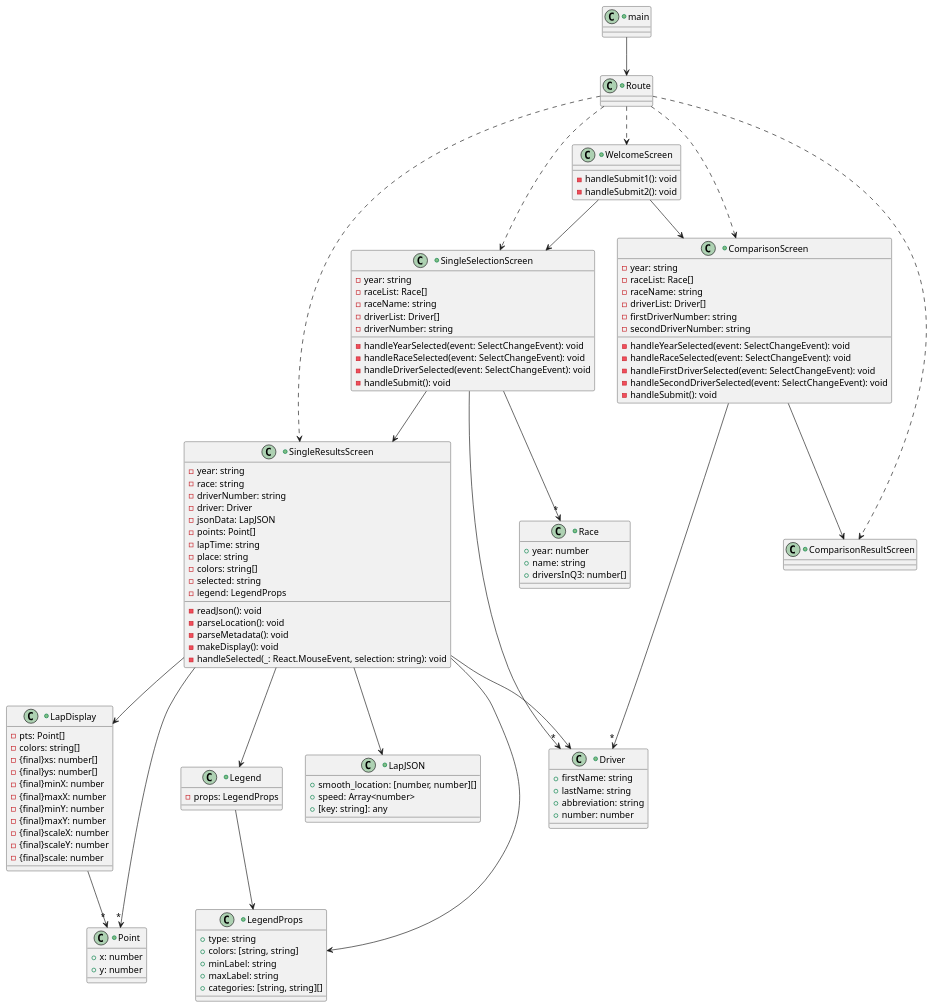
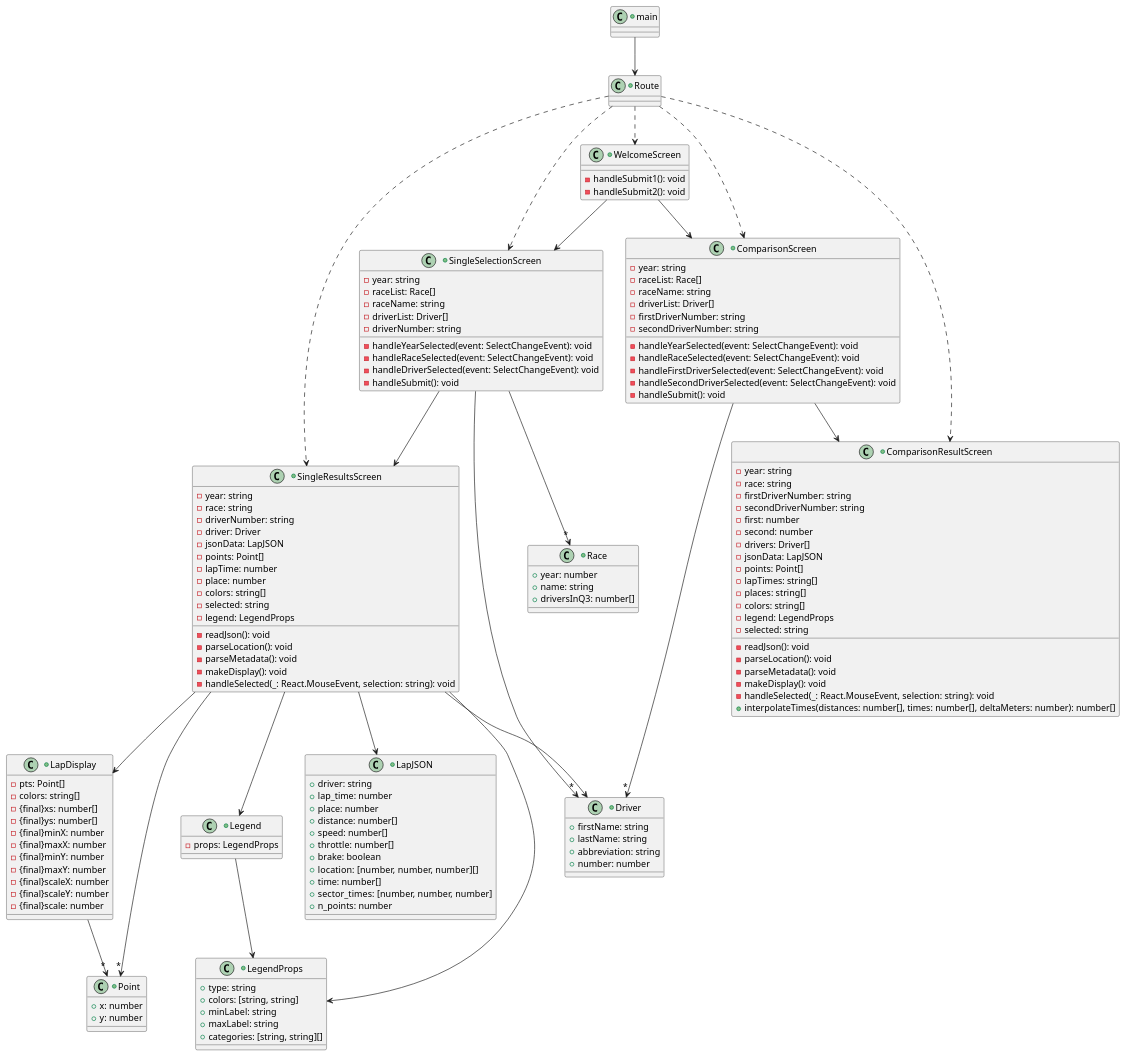
One commit to nu-cs-sw-design/project-20252601-sd_final_project changed the diagram in docs/design/design.puml. Above: the diagram before and after it, drawn with PlantUML. The commit also changed 8 other files, not shown here.

```diff
--- a/docs/design/design.puml
+++ b/docs/design/design.puml
@@ -1,134 +1,163 @@
 @startuml Class Diagram
     +class main{
 
     }
     +class Route{
 
     }
     +class SingleSelectionScreen{
         -year: string
         -raceList: Race[]
         -raceName: string
         -driverList: Driver[]
         -driverNumber: string
 
         -handleYearSelected(event: SelectChangeEvent): void
         -handleRaceSelected(event: SelectChangeEvent): void
         -handleDriverSelected(event: SelectChangeEvent): void
         -handleSubmit(): void
     }
     +class SingleResultsScreen{
         -year: string
         -race: string
         -driverNumber: string
         -driver: Driver
         -jsonData: LapJSON
         -points: Point[]
-        -lapTime: string
-        -place: string
+        -lapTime: number
+        -place: number
         -colors: string[]
         -selected: string
         -legend: LegendProps
 
         -readJson(): void
         -parseLocation(): void
         -parseMetadata(): void
         -makeDisplay(): void
         -handleSelected(_: React.MouseEvent, selection: string): void
     }
     +class WelcomeScreen{
         -handleSubmit1(): void
         -handleSubmit2(): void
     }
     +class ComparisonScreen{
         -year: string
         -raceList: Race[]
         -raceName: string
         -driverList: Driver[]
         -firstDriverNumber: string
         -secondDriverNumber: string
 
         -handleYearSelected(event: SelectChangeEvent): void
         -handleRaceSelected(event: SelectChangeEvent): void
         -handleFirstDriverSelected(event: SelectChangeEvent): void
         -handleSecondDriverSelected(event: SelectChangeEvent): void
         -handleSubmit(): void
     }
     +class ComparisonResultScreen{
-        
+        -year: string
+        -race: string
+        -firstDriverNumber: string
+        -secondDriverNumber: string
+        -first: number
+        -second: number
+        -drivers: Driver[]
+        -jsonData: LapJSON
+        -points: Point[]
+        -lapTimes: string[]
+        -places: string[]
+        -colors: string[]
+        -legend: LegendProps
+        -selected: string
+
+        -readJson(): void
+        -parseLocation(): void
+        -parseMetadata(): void
+        -makeDisplay(): void
+        -handleSelected(_: React.MouseEvent, selection: string): void
+        +interpolateTimes(distances: number[], times: number[], deltaMeters: number): number[]
     }
     +class LapDisplay{
         -pts: Point[]
         -colors: string[]
         -{final}xs: number[]
         -{final}ys: number[]
         -{final}minX: number
         -{final}maxX: number
         -{final}minY: number
         -{final}maxY: number
         -{final}scaleX: number
         -{final}scaleY: number
         -{final}scale: number
     }
     +class Legend{
         -props: LegendProps
     }
     +class Driver{
         +firstName: string
         +lastName: string
         +abbreviation: string
         +number: number
     }
 
     +class Race{
         +year: number
         +name: string
         +driversInQ3: number[]
     }
 
     +class Point{
         +x: number
         +y: number
     }
 
     +class LapJSON{
-        +smooth_location: [number, number][]
-        +speed: Array<number>
-        +[key: string]: any
+        +driver: string
+        +lap_time: number
+        +place: number
+        +distance: number[]
+        +speed: number[]
+        +throttle: number[]
+        +brake: boolean
+        +location: [number, number, number][]
+        +time: number[]
+        +sector_times: [number, number, number]
+        +n_points: number
     }
+
     +class LegendProps{
         +type: string
         +colors: [string, string]
         +minLabel: string
         +maxLabel: string
         +categories: [string, string][]
     }
     main --> Route
 
     Route ..> WelcomeScreen
     Route ..> SingleSelectionScreen
     Route ..> SingleResultsScreen
     Route ..> ComparisonScreen
     Route ..> ComparisonResultScreen
 
     WelcomeScreen --> SingleSelectionScreen
     WelcomeScreen --> ComparisonScreen
 
     SingleSelectionScreen --> SingleResultsScreen
     ComparisonScreen --> ComparisonResultScreen
 
     SingleSelectionScreen -->"*" Driver
     SingleSelectionScreen -->"*" Race
 
     SingleResultsScreen --> Driver
     SingleResultsScreen --> LapDisplay
     SingleResultsScreen --> Legend
     SingleResultsScreen --> LapJSON
     SingleResultsScreen --> LegendProps
     ComparisonScreen -->"*" Driver
     SingleResultsScreen -->"*" Point
     
     LapDisplay -->"*" Point
     Legend --> LegendProps
 
 @enduml
```
